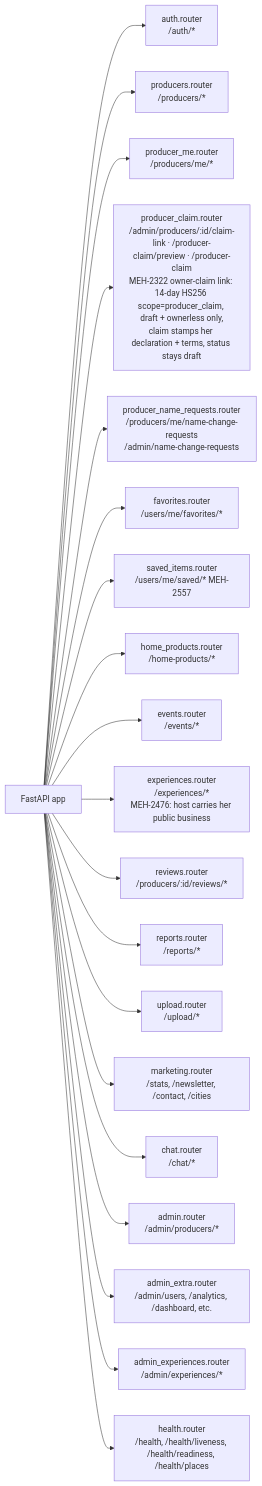
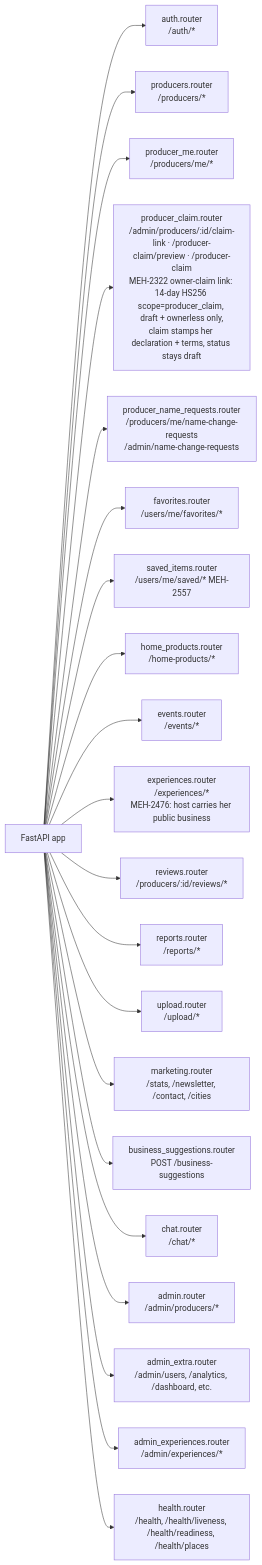
One commit to levismadar80-ship-it/FoodMamkor changed the first of 7 diagrams in .ai/diagrams/api-routes.md. Above: the diagram before and after it, drawn with Mermaid. The commit also changed other lines of this file and 3 other files, not shown here.

````diff
--- a/.ai/diagrams/api-routes.md
+++ b/.ai/diagrams/api-routes.md
@@ -18,22 +18,23 @@
 ```mermaid
 graph LR
     App[FastAPI app] --> Auth[auth.router<br/>/auth/*]
     App --> Producers[producers.router<br/>/producers/*]
     App --> ProducerMe[producer_me.router<br/>/producers/me/*]
     App --> ProducerClaim[producer_claim.router<br/>/admin/producers/:id/claim-link · /producer-claim/preview · /producer-claim<br/>MEH-2322 owner-claim link: 14-day HS256 scope=producer_claim, draft + ownerless only,<br/>claim stamps her declaration + terms, status stays draft]
     App --> NameRequests[producer_name_requests.router<br/>/producers/me/name-change-requests<br/>/admin/name-change-requests]
     App --> Favorites[favorites.router<br/>/users/me/favorites/*]
     App --> Saved[saved_items.router<br/>/users/me/saved/* MEH-2557]
     App --> HomeProducts[home_products.router<br/>/home-products/*]
     App --> Events[events.router<br/>/events/*]
     App --> Experiences[experiences.router<br/>/experiences/*<br/>MEH-2476: host carries her public business]
     App --> Reviews[reviews.router<br/>/producers/:id/reviews/*]
     App --> Reports[reports.router<br/>/reports/*]
     App --> Upload[upload.router<br/>/upload/*]
     App --> Marketing[marketing.router<br/>/stats, /newsletter, /contact, /cities]
+    App --> BizSuggest[business_suggestions.router<br/>POST /business-suggestions]
     App --> Chat[chat.router<br/>/chat/*]
     App --> Admin[admin.router<br/>/admin/producers/*]
     App --> AdminExtra[admin_extra.router<br/>/admin/users, /analytics, /dashboard, etc.]
     App --> AdminExperiences[admin_experiences.router<br/>/admin/experiences/*]
     App --> Health[health.router<br/>/health, /health/liveness, /health/readiness, /health/places]
 ```
````
